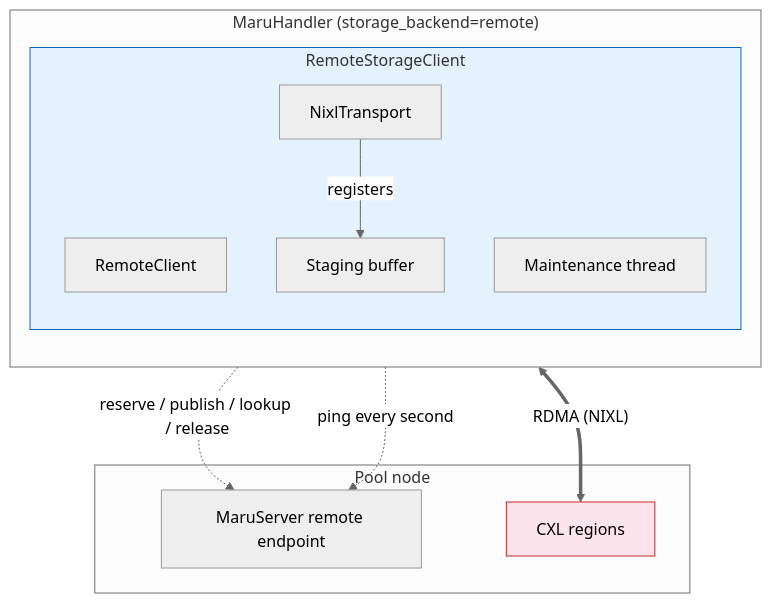
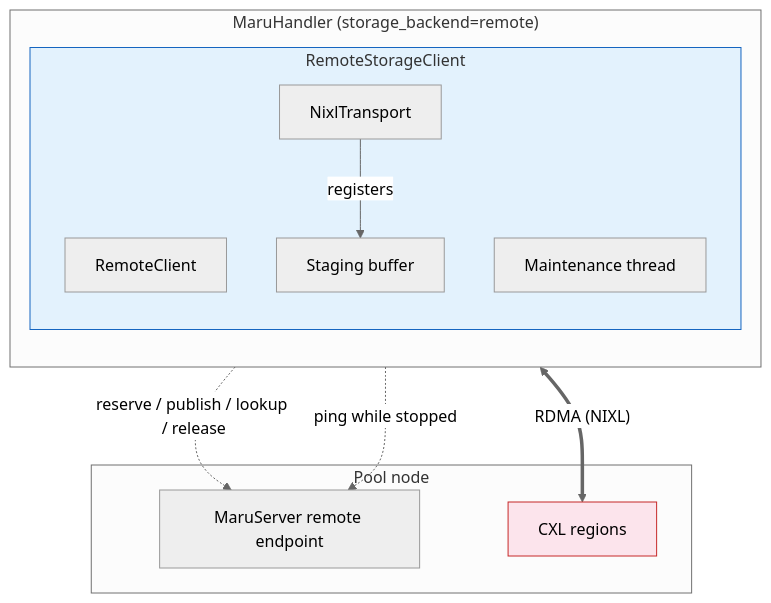
Before and after one commit to xcena-dev/maru: the seventh of 7 diagrams in docs/source/design_doc/maru_handler.md, drawn with Mermaid (neutral theme). The commit also changed other lines of this file and 4 other files, not shown here.

First line of the commit message:
fix(remote): ping the pool only while calls are stopped

````diff
--- a/docs/source/design_doc/maru_handler.md
+++ b/docs/source/design_doc/maru_handler.md
@@ -238,24 +238,24 @@
 ```mermaid
 graph TB
     subgraph MaruHandler["MaruHandler (storage_backend=remote)"]
         direction TB
         subgraph RSC["RemoteStorageClient"]
             RC["RemoteClient"]
             NT["NixlTransport"]
             SB["Staging buffer"]
             MT["Maintenance thread"]
         end
     end
     subgraph Pool["Pool node"]
         EP["MaruServer remote endpoint"]
         CXL["CXL regions"]
     end
 
     RC -.->|"reserve / publish / lookup / release"| EP
-    MT -.->|"ping every second"| EP
+    MT -.->|"ping while stopped"| EP
     NT -->|"registers"| SB
     SB <==>|"RDMA (NIXL)"| CXL
 
     style RSC fill:#e3f2fd,stroke:#1565c0
     style CXL fill:#fce4ec,stroke:#c62828
 ```
````
